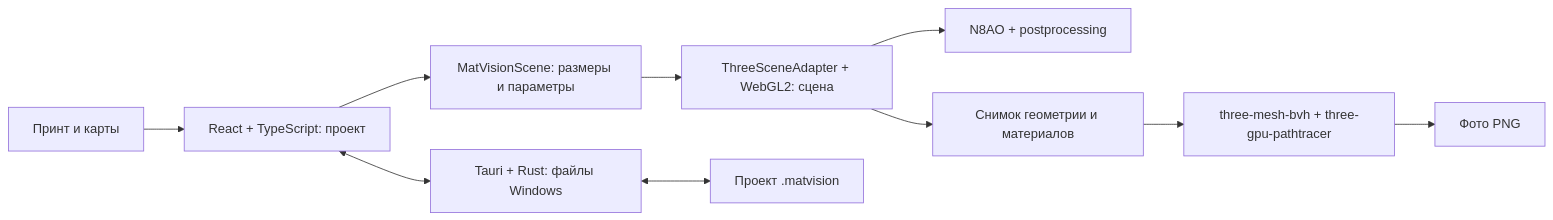
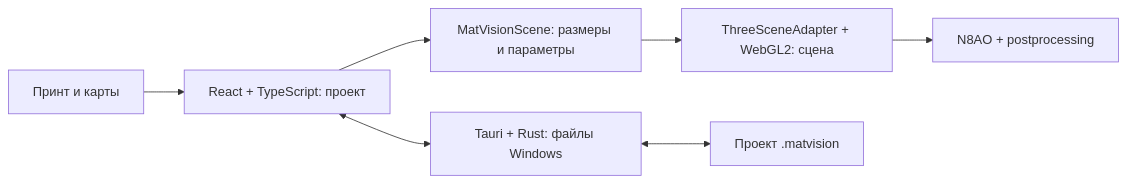
The diagram in README.md (AlexCodeHadjar/matvision-studio), drawn with Mermaid before and after one commit. The commit also changed other lines of this file and 64 other files, not shown here.

````diff
--- a/README.md
+++ b/README.md
@@ -84,12 +64,9 @@
 ```mermaid
 flowchart LR
     A[Принт и карты] --> B[React + TypeScript: проект]
     B --> S[MatVisionScene: размеры и параметры]
     S --> C[ThreeSceneAdapter + WebGL2: сцена]
     C --> D[N8AO + postprocessing]
-    C --> E[Снимок геометрии и материалов]
-    E --> F[three-mesh-bvh + three-gpu-pathtracer]
-    F --> G[Фото PNG]
     B <--> H[Tauri + Rust: файлы Windows]
     H <--> I[Проект .matvision]
 ```
````
